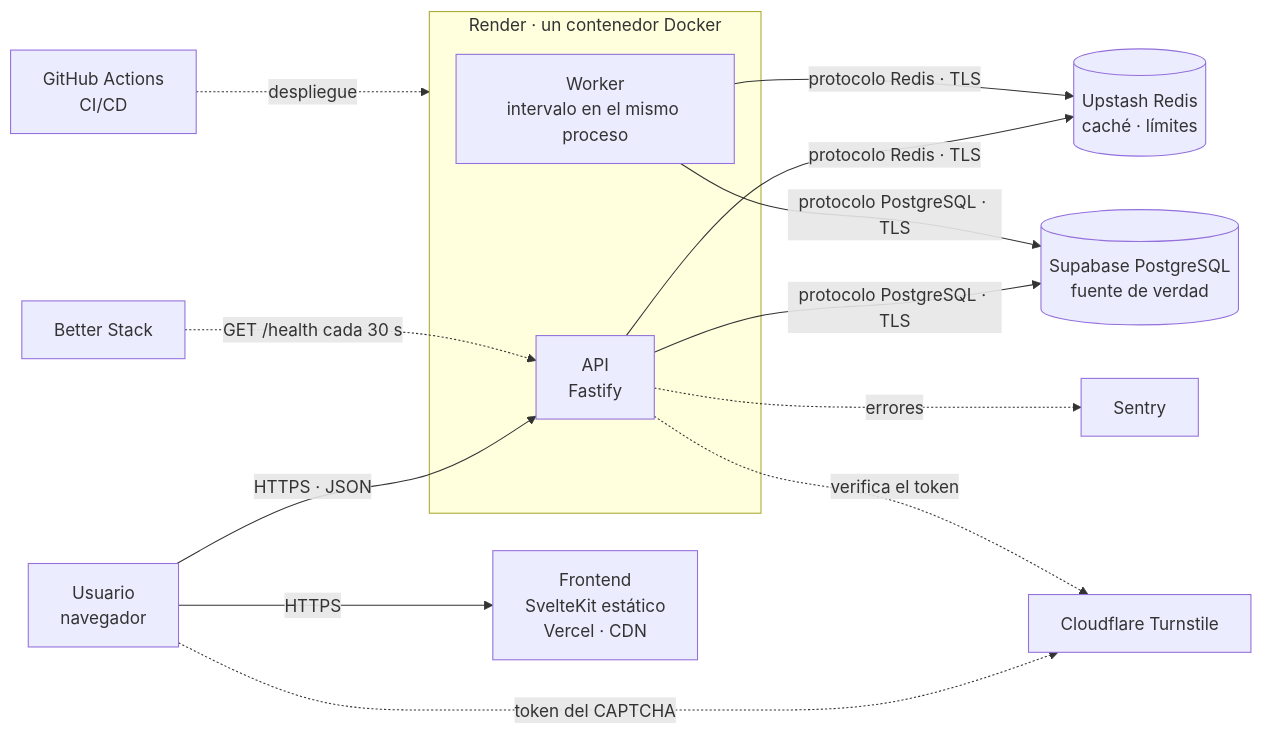
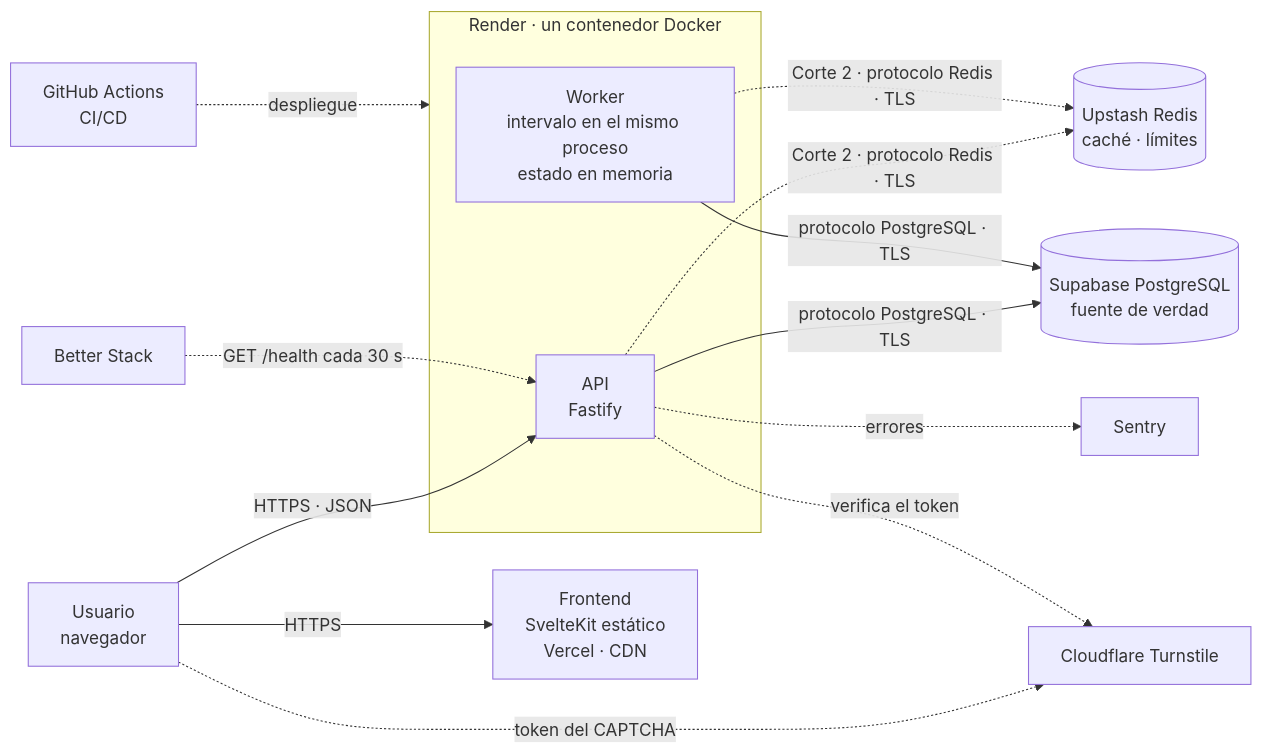
Before and after one commit to odjaramillo/monitor-caidas-bancarias: the diagram in docs/arquitectura.md, drawn with Mermaid. The commit also changed other lines of this file, not shown here.

````diff
--- a/docs/arquitectura.md
+++ b/docs/arquitectura.md
@@ -11,18 +11,18 @@
 ```mermaid
 flowchart LR
   subgraph R1[Render · un contenedor Docker]
     A[API<br/>Fastify]
-    W[Worker<br/>intervalo en el mismo proceso]
+    W[Worker<br/>intervalo en el mismo proceso<br/>estado en memoria]
   end
   U[Usuario<br/>navegador] -->|HTTPS| F[Frontend<br/>SvelteKit estático<br/>Vercel · CDN]
   U -->|HTTPS · JSON| A
   U -.->|token del CAPTCHA| T[Cloudflare Turnstile]
-  A -->|protocolo Redis · TLS| R[(Upstash Redis<br/>caché · límites)]
+  A -.->|Corte 2 · protocolo Redis · TLS| R[(Upstash Redis<br/>caché · límites)]
   A -->|protocolo PostgreSQL · TLS| P[(Supabase PostgreSQL<br/>fuente de verdad)]
-  W -->|protocolo Redis · TLS| R
+  W -.->|Corte 2 · protocolo Redis · TLS| R
   W -->|protocolo PostgreSQL · TLS| P
   A -.->|verifica el token| T
   A -.->|errores| S[Sentry]
   B[Better Stack] -.->|GET /health cada 30 s| A
   G[GitHub Actions<br/>CI/CD] -.->|despliegue| R1
 ```
````
